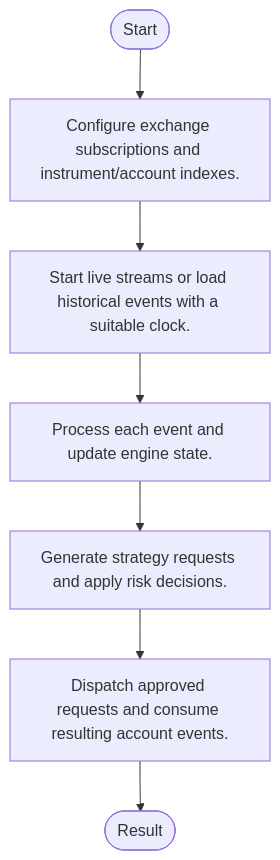
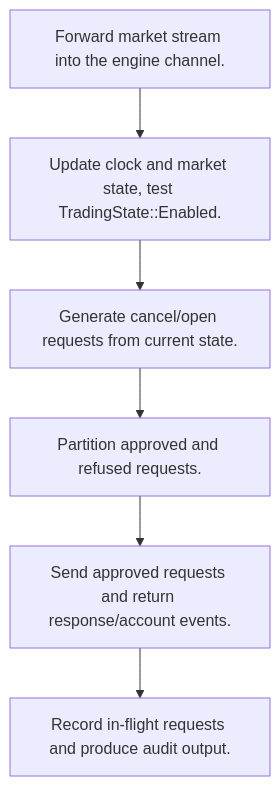
One commit to alexcwyu/barter-rs changed the third of 4 diagrams in docs/ayu-develop.md. Above: the diagram before and after it, drawn with Mermaid. The commit also changed other lines of this file and 13 other files, not shown here.

Commit message:
docs: standardize source-reviewed system guides and offline diagrams

````diff
--- a/docs/ayu-develop.md
+++ b/docs/ayu-develop.md
@@ -96,15 +171,14 @@
 ```mermaid
 flowchart TD
-  Start(["Start"])
-  W0["Configure exchange subscriptions and instrument/account indexes."]
-  W1["Start live streams or load historical events with a suitable clock."]
-  W2["Process each event and update engine state."]
-  W3["Generate strategy requests and apply risk decisions."]
-  W4["Dispatch approved requests and consume resulting account events."]
-  Start --> W0
+  W0["Forward market stream into the engine channel."]
+  W1["Update clock and market state, test TradingState::Enabled."]
   W0 --> W1
+  W2["Generate cancel/open requests from current state."]
   W1 --> W2
+  W3["Partition approved and refused requests."]
   W2 --> W3
+  W4["Send approved requests and return response/account events."]
   W3 --> W4
-  W4 --> Finish(["Result"])
+  W5["Record in-flight requests and produce audit output."]
+  W4 --> W5
 ```
````
